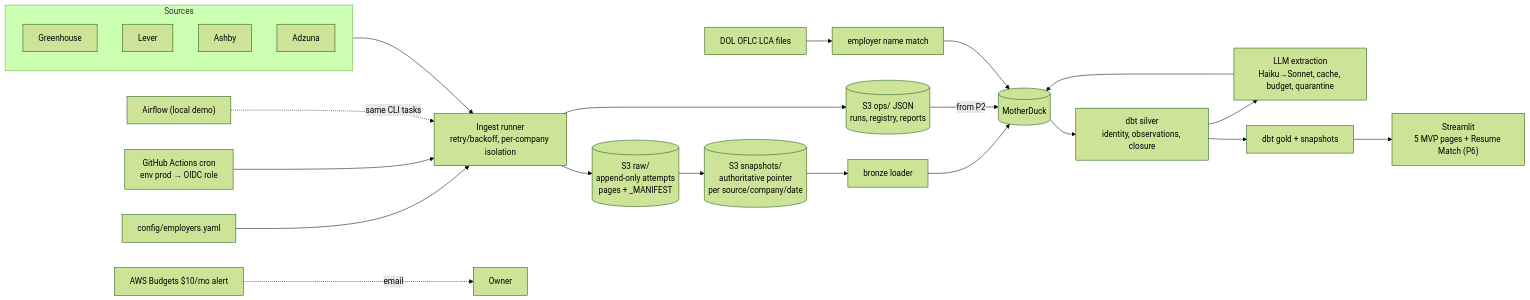
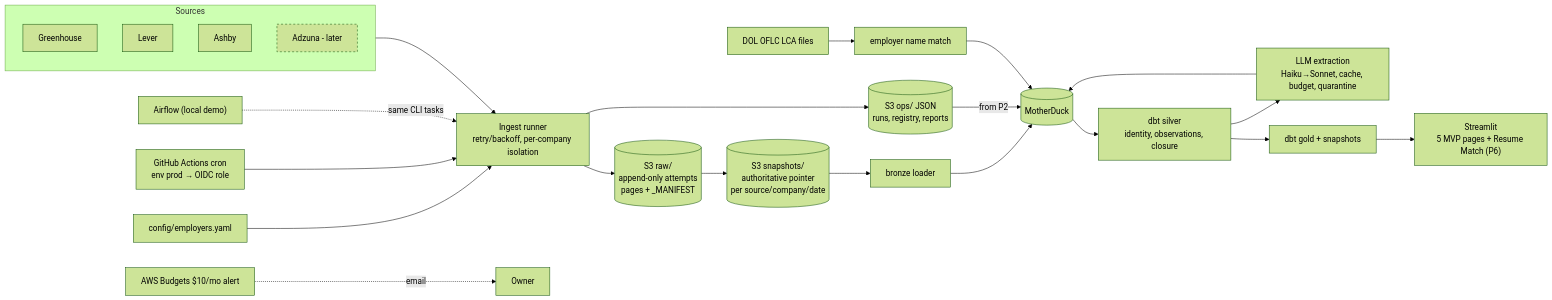
One commit to akshaygovindd/jobpulse changed the diagram in docs/ARCHITECTURE.md. Above: the diagram before and after it, drawn with Mermaid (forest theme). The commit also changed other lines of this file and 5 other files, not shown here.

Commit message:
docs: defer Adzuna to Later; remove it from the source registry

````diff
--- a/docs/ARCHITECTURE.md
+++ b/docs/ARCHITECTURE.md
@@ -7,23 +7,24 @@
 ```mermaid
 flowchart LR
   subgraph Sources
     GH[Greenhouse]
     LV[Lever]
     AS[Ashby]
-    AZ[Adzuna]
+    AZ[Adzuna - later]:::later
   end
   CFG[config/employers.yaml] --> RUN
   GHA["GitHub Actions cron<br/>env prod → OIDC role"] --> RUN
   AF["Airflow (local demo)"] -.same CLI tasks.-> RUN
+  classDef later stroke-dasharray: 4 4
   Sources --> RUN["Ingest runner<br/>retry/backoff, per-company isolation"]
   RUN --> RAW[("S3 raw/<br/>append-only attempts<br/>pages + _MANIFEST")]
   RAW --> PTR[("S3 snapshots/<br/>authoritative pointer<br/>per source/company/date")]
   RUN --> OPS[("S3 ops/ JSON<br/>runs, registry, reports")]
   PTR --> BR[bronze loader] --> MD[(MotherDuck)]
   OPS -->|from P2| MD
   MD --> SIL["dbt silver<br/>identity, observations, closure"]
   SIL --> EX["LLM extraction<br/>Haiku→Sonnet, cache, budget, quarantine"] --> MD
   LCA[DOL OFLC LCA files] --> VM[employer name match] --> MD
   SIL --> GOLD[dbt gold + snapshots] --> APP["Streamlit<br/>5 MVP pages + Resume Match (P6)"]
   BUD["AWS Budgets $10/mo alert"] -.email.-> OWN[Owner]
 ```
````
